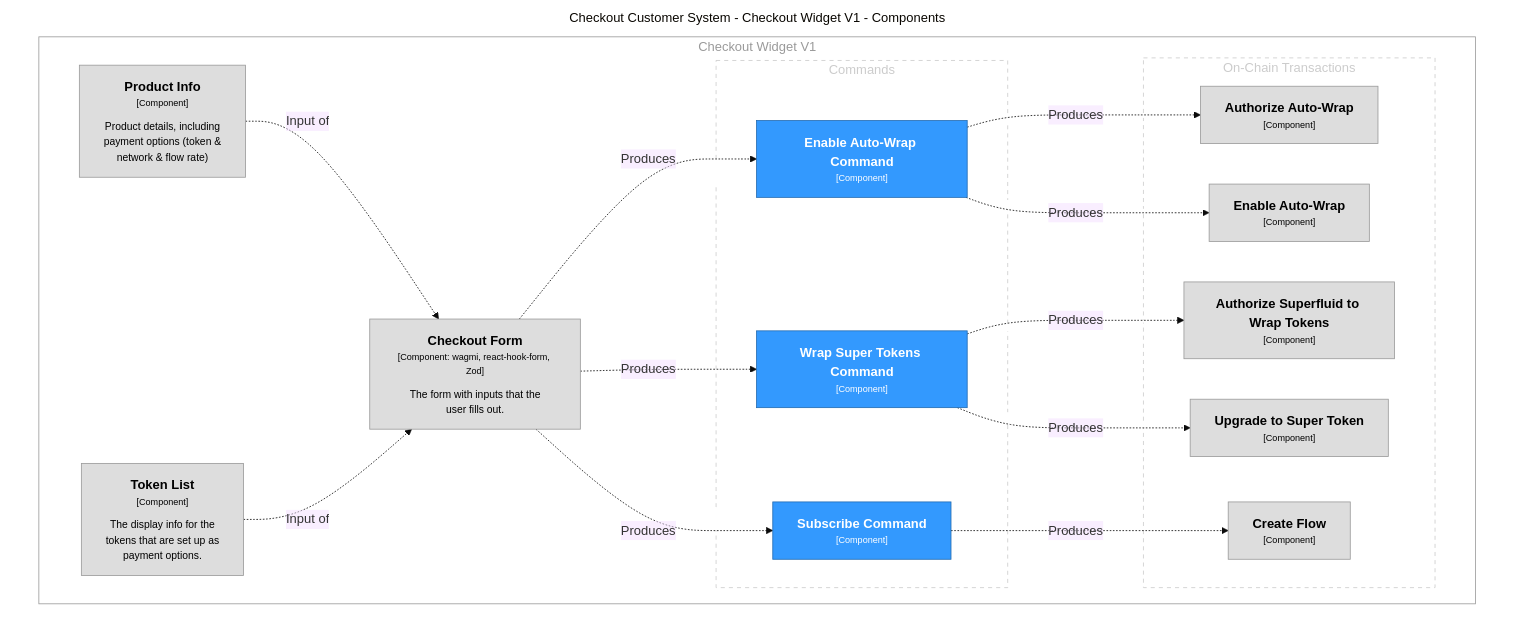
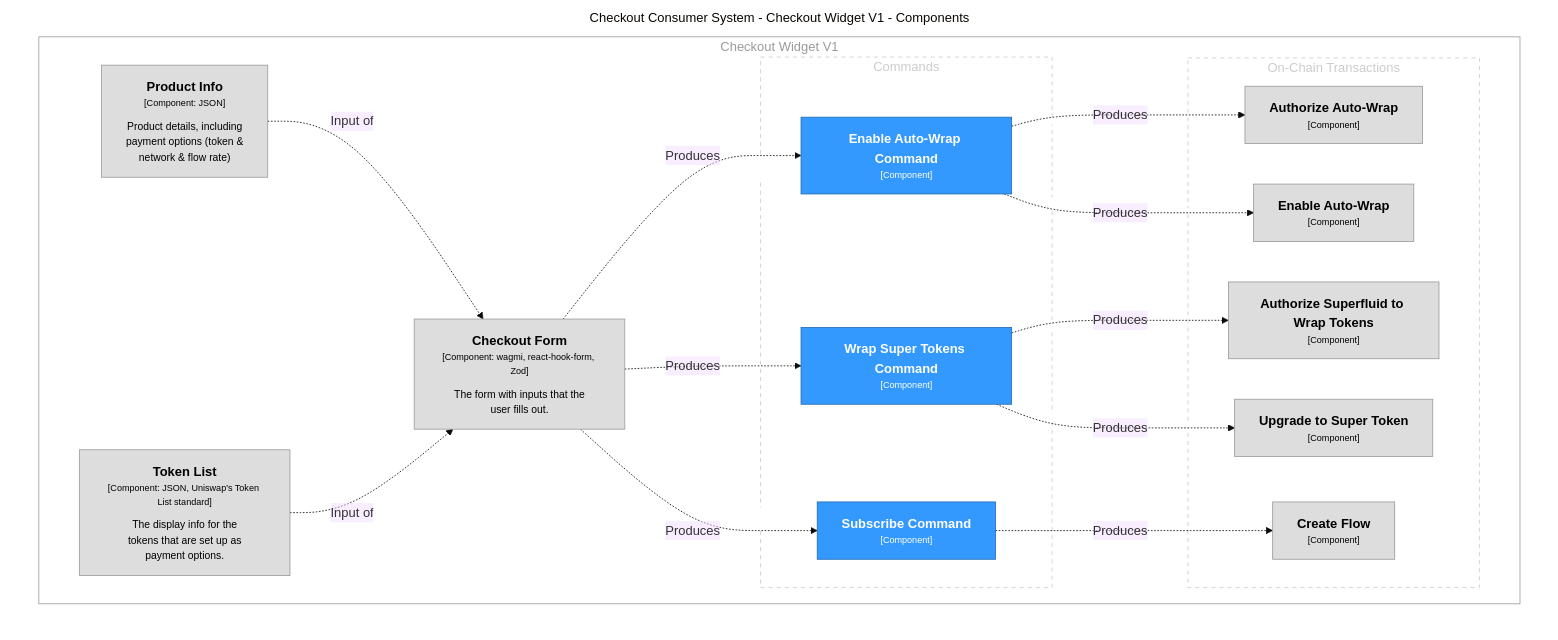
One commit to superfluid-finance/widget changed the diagram in architecture/diagrams/structurizr-CheckoutWidgetComponents.mmd. Above: the diagram before and after it, drawn with Mermaid (base theme). The commit also changed 10 other files, not shown here.

```diff
--- a/architecture/diagrams/structurizr-CheckoutWidgetComponents.mmd
+++ b/architecture/diagrams/structurizr-CheckoutWidgetComponents.mmd
@@ -1,54 +1,54 @@
 graph TB
   linkStyle default fill:#ffffff
 
-  subgraph diagram [Checkout Customer System - Checkout Widget V1 - Components]
+  subgraph diagram [Checkout Consumer System - Checkout Widget V1 - Components]
     style diagram fill:#ffffff,stroke:#ffffff
 
     subgraph 2 [Checkout Widget V1]
       style 2 fill:#ffffff,stroke:#9a9a9a,color:#9a9a9a
 
       subgraph group1 [Commands]
         style group1 fill:#ffffff,stroke:#cccccc,color:#cccccc,stroke-dasharray:5
 
         11["<div style='font-weight: bold'>Wrap Super Tokens Command</div><div style='font-size: 70%; margin-top: 0px'>[Component]</div>"]
         style 11 fill:#3399fe,stroke:#236bb1,color:#ffffff
         14["<div style='font-weight: bold'>Subscribe Command</div><div style='font-size: 70%; margin-top: 0px'>[Component]</div>"]
         style 14 fill:#3399fe,stroke:#236bb1,color:#ffffff
         8["<div style='font-weight: bold'>Enable Auto-Wrap Command</div><div style='font-size: 70%; margin-top: 0px'>[Component]</div>"]
         style 8 fill:#3399fe,stroke:#236bb1,color:#ffffff
       end
 
       subgraph group2 [On-Chain Transactions]
         style group2 fill:#ffffff,stroke:#cccccc,color:#cccccc,stroke-dasharray:5
 
         3["<div style='font-weight: bold'>Authorize Auto-Wrap</div><div style='font-size: 70%; margin-top: 0px'>[Component]</div>"]
         style 3 fill:#dddddd,stroke:#9a9a9a,color:#000000
         4["<div style='font-weight: bold'>Enable Auto-Wrap</div><div style='font-size: 70%; margin-top: 0px'>[Component]</div>"]
         style 4 fill:#dddddd,stroke:#9a9a9a,color:#000000
         5["<div style='font-weight: bold'>Authorize Superfluid to Wrap Tokens</div><div style='font-size: 70%; margin-top: 0px'>[Component]</div>"]
         style 5 fill:#dddddd,stroke:#9a9a9a,color:#000000
         6["<div style='font-weight: bold'>Upgrade to Super Token</div><div style='font-size: 70%; margin-top: 0px'>[Component]</div>"]
         style 6 fill:#dddddd,stroke:#9a9a9a,color:#000000
         7["<div style='font-weight: bold'>Create Flow</div><div style='font-size: 70%; margin-top: 0px'>[Component]</div>"]
         style 7 fill:#dddddd,stroke:#9a9a9a,color:#000000
       end
 
       16["<div style='font-weight: bold'>Checkout Form</div><div style='font-size: 70%; margin-top: 0px'>[Component: wagmi, react-hook-form, Zod]</div><div style='font-size: 80%; margin-top:10px'>The form with inputs that the<br />user fills out.</div>"]
       style 16 fill:#dddddd,stroke:#9a9a9a,color:#000000
-      20["<div style='font-weight: bold'>Product Info</div><div style='font-size: 70%; margin-top: 0px'>[Component]</div><div style='font-size: 80%; margin-top:10px'>Product details, including<br />payment options (token &<br />network & flow rate)</div>"]
+      20["<div style='font-weight: bold'>Product Info</div><div style='font-size: 70%; margin-top: 0px'>[Component: JSON]</div><div style='font-size: 80%; margin-top:10px'>Product details, including<br />payment options (token &<br />network & flow rate)</div>"]
       style 20 fill:#dddddd,stroke:#9a9a9a,color:#000000
-      22["<div style='font-weight: bold'>Token List</div><div style='font-size: 70%; margin-top: 0px'>[Component]</div><div style='font-size: 80%; margin-top:10px'>The display info for the<br />tokens that are set up as<br />payment options.</div>"]
+      22["<div style='font-weight: bold'>Token List</div><div style='font-size: 70%; margin-top: 0px'>[Component: JSON, Uniswap's Token List standard]</div><div style='font-size: 80%; margin-top:10px'>The display info for the<br />tokens that are set up as<br />payment options.</div>"]
       style 22 fill:#dddddd,stroke:#9a9a9a,color:#000000
     end
 
     8-. "<div>Produces</div><div style='font-size: 70%'></div>" .->4
     11-. "<div>Produces</div><div style='font-size: 70%'></div>" .->5
     11-. "<div>Produces</div><div style='font-size: 70%'></div>" .->6
     14-. "<div>Produces</div><div style='font-size: 70%'></div>" .->7
     16-. "<div>Produces</div><div style='font-size: 70%'></div>" .->8
     16-. "<div>Produces</div><div style='font-size: 70%'></div>" .->11
     16-. "<div>Produces</div><div style='font-size: 70%'></div>" .->14
     20-. "<div>Input of</div><div style='font-size: 70%'></div>" .->16
     22-. "<div>Input of</div><div style='font-size: 70%'></div>" .->16
     8-. "<div>Produces</div><div style='font-size: 70%'></div>" .->3
   end
```
